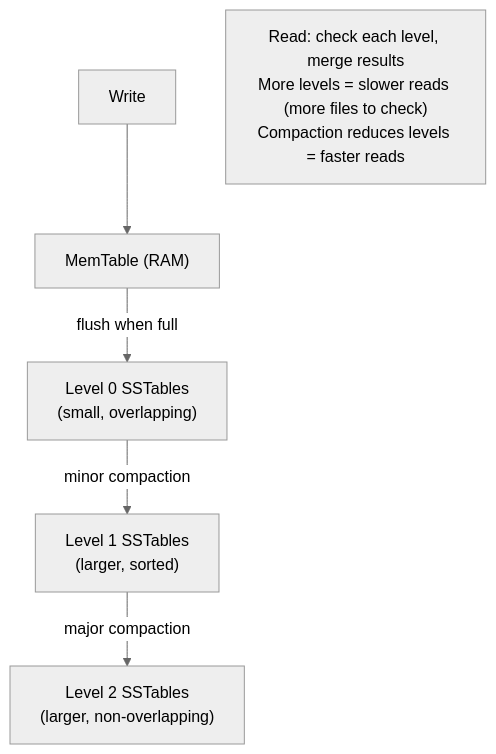
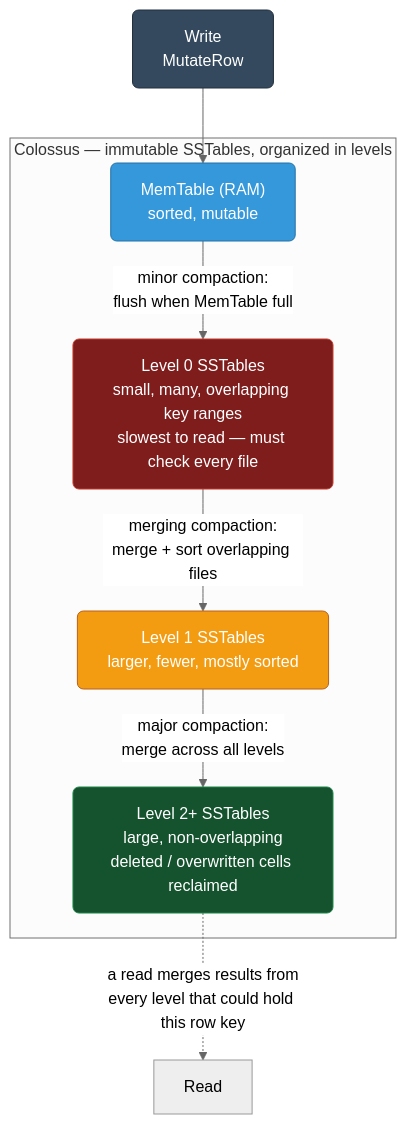
One commit to deepanshu-rawat6/DevOpsIndex changed the fourth of 5 diagrams in gcp/bigtable.md. Above: the diagram before and after it, drawn with Mermaid (neutral theme). The commit also changed other lines of this file and 14 other files, not shown here.

````diff
--- a/gcp/bigtable.md
+++ b/gcp/bigtable.md
@@ -103,8 +180,18 @@
 ```mermaid
 graph TD
-    WRITE["Write"] --> MEM["MemTable (RAM)"]
-    MEM -->|"flush when full"| L0["Level 0 SSTables<br>(small, overlapping)"]
-    L0 -->|"minor compaction"| L1["Level 1 SSTables<br>(larger, sorted)"]
-    L1 -->|"major compaction"| L2["Level 2 SSTables<br>(larger, non-overlapping)"]
-    Note["Read: check each level, merge results<br>More levels = slower reads (more files to check)<br>Compaction reduces levels = faster reads"]
+    classDef write fill:#34495e,stroke:#212f3c,color:#fff,rx:6
+    classDef mem fill:#3498db,stroke:#2471a3,color:#fff,rx:6
+    classDef l0 fill:#7f1d1d,stroke:#c0392b,color:#fff,rx:6
+    classDef l1 fill:#f39c12,stroke:#ba6018,color:#fff,rx:6
+    classDef l2 fill:#14532d,stroke:#1e8449,color:#fff,rx:6
+
+    WRITE["Write<br/>MutateRow"]:::write --> MEM["MemTable (RAM)<br/>sorted, mutable"]:::mem
+
+    subgraph COLOSSUS["Colossus — immutable SSTables, organized in levels"]
+        MEM -->|"minor compaction:<br/>flush when MemTable full"| L0["Level 0 SSTables<br/>small, many, overlapping key ranges<br/>slowest to read — must check every file"]:::l0
+        L0 -->|"merging compaction:<br/>merge + sort overlapping files"| L1["Level 1 SSTables<br/>larger, fewer, mostly sorted"]:::l1
+        L1 -->|"major compaction:<br/>merge across all levels"| L2["Level 2+ SSTables<br/>large, non-overlapping<br/>deleted / overwritten cells reclaimed"]:::l2
+    end
+
+    L2 -.->|"a read merges results from<br/>every level that could hold this row key"| READ["Read"]
 ```
````
